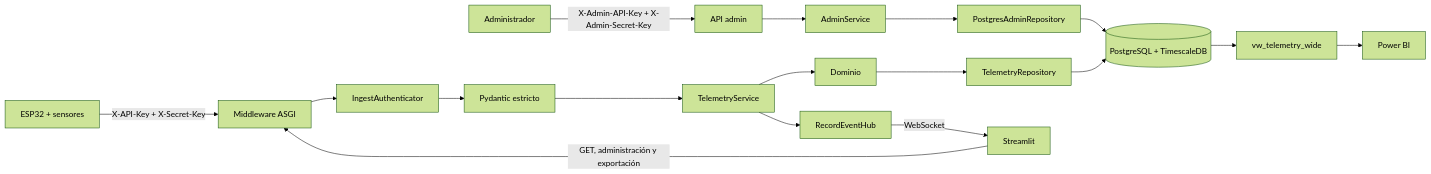
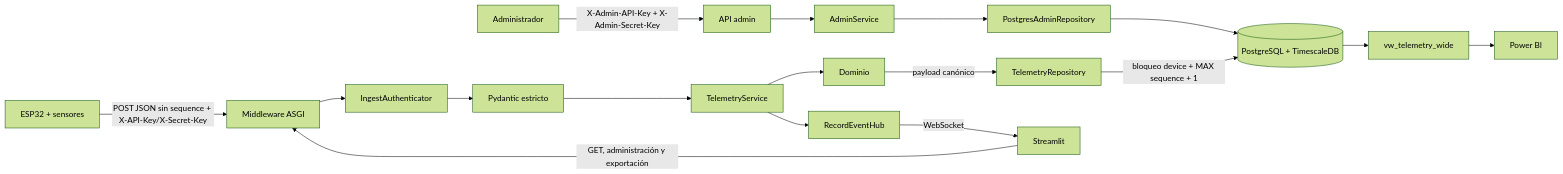
The diagram in docs/DOCUMENTACION_CODIGO.md (carlosflorez183/U), drawn with Mermaid (forest theme) before and after one commit. The commit also changed other lines of this file and 25 other files, not shown here.

````diff
--- a/docs/DOCUMENTACION_CODIGO.md
+++ b/docs/DOCUMENTACION_CODIGO.md
@@ -13,20 +13,20 @@
 ```mermaid
 flowchart LR
     ADMIN[Administrador] -->|X-Admin-API-Key + X-Admin-Secret-Key| AR[API admin]
     AR --> AS[AdminService]
     AS --> APR[PostgresAdminRepository]
     APR --> DB[(PostgreSQL + TimescaleDB)]
 
-    ESP[ESP32 + sensores] -->|X-API-Key + X-Secret-Key| MW[Middleware ASGI]
+    ESP[ESP32 + sensores] -->|POST JSON sin sequence + X-API-Key/X-Secret-Key| MW[Middleware ASGI]
     MW --> AUTH[IngestAuthenticator]
     AUTH --> DTO[Pydantic estricto]
     DTO --> TS[TelemetryService]
     TS --> DOM[Dominio]
-    DOM --> TR[TelemetryRepository]
-    TR --> DB
+    DOM -->|payload canónico| TR[TelemetryRepository]
+    TR -->|bloqueo device + MAX sequence + 1| DB
     TS --> HUB[RecordEventHub]
     HUB -->|WebSocket| ST[Streamlit]
     ST -->|GET, administración y exportación| MW
     DB --> VW[vw_telemetry_wide]
     VW --> PBI[Power BI]
 ```
````
